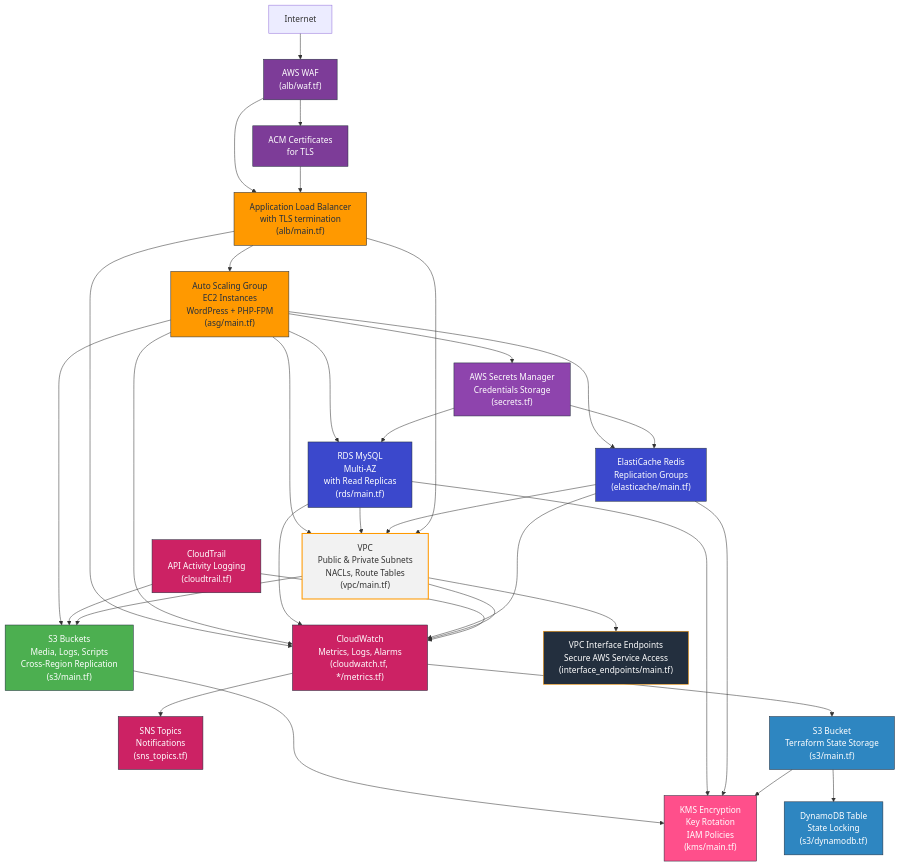
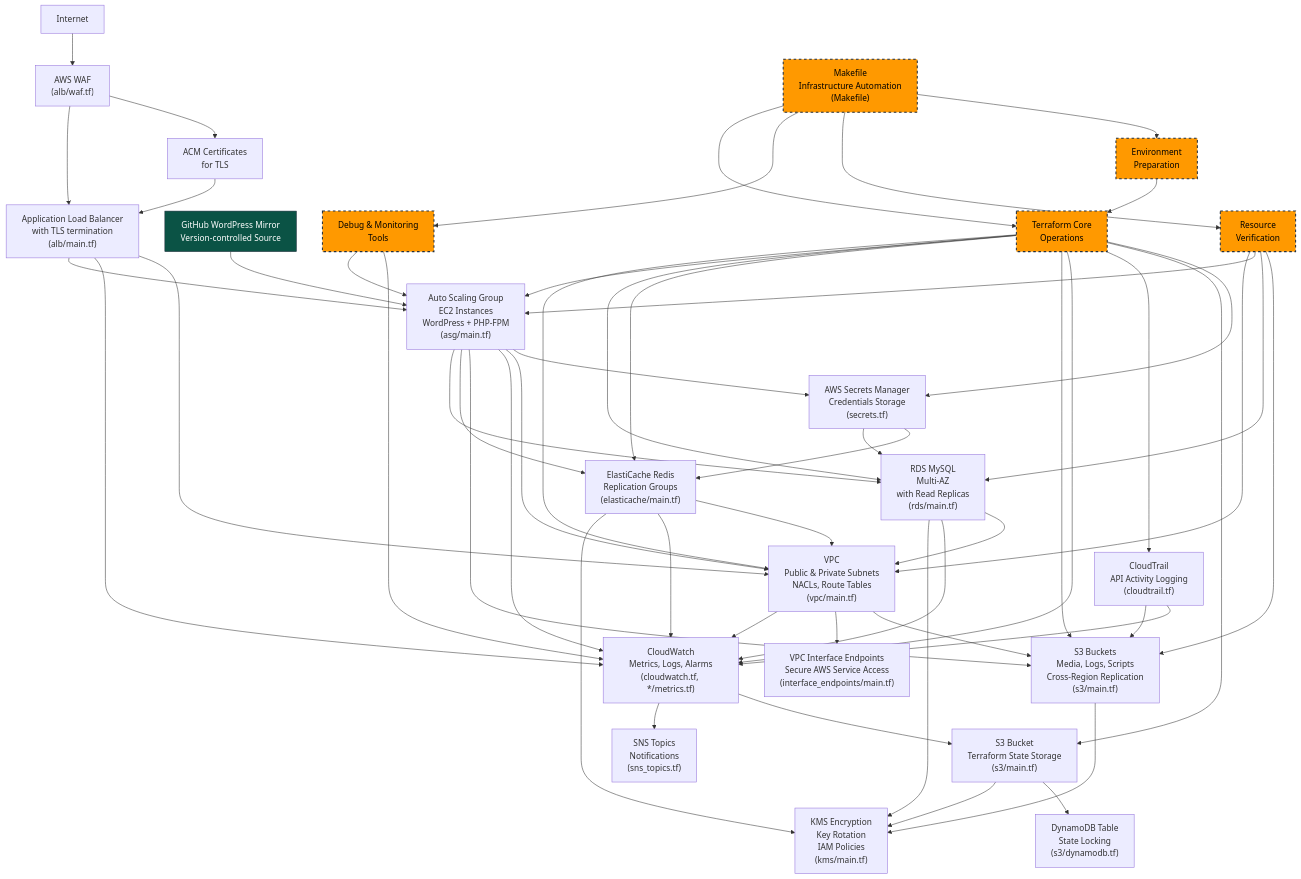
One commit to hetmanskyi-cloud/AWS changed the diagram in terraform/README.md. Above: the diagram before and after it, drawn with Mermaid. The commit also changed other lines of this file and 14 other files, not shown here.

````diff
--- a/terraform/README.md
+++ b/terraform/README.md
@@ -63,6 +110,9 @@
     classDef aws_endpoint fill:#232F3E,stroke:#FF9900,stroke-width:1px,color:white
     classDef aws_backend fill:#2E86C1,stroke:#232F3E,stroke-width:1px,color:white
     classDef aws_secrets fill:#8E44AD,stroke:#232F3E,stroke-width:1px,color:white
+    classDef aws_tools fill:#5D6D7E,stroke:#232F3E,stroke-width:1px,color:white
+    classDef aws_automation fill:#FF9900,stroke:#232F3E,stroke-width:2px,color:black,stroke-dasharray: 5 5
+    classDef aws_repository fill:#0B5345,stroke:#232F3E,stroke-width:1px,color:white
 
     %% Network components
     Internet["Internet"] --> WAF["AWS WAF<br/>(alb/waf.tf)"]
@@ -77,7 +127,10 @@
     ALB --> ASG["Auto Scaling Group<br/>EC2 Instances<br/>WordPress + PHP-FPM<br/>(asg/main.tf)"]
     ASG --> RDS["RDS MySQL<br/>Multi-AZ<br/>with Read Replicas<br/>(rds/main.tf)"]
     ASG --> Redis["ElastiCache Redis<br/>Replication Groups<br/>(elasticache/main.tf)"]
-
+    
+    %% WordPress Source Repository
+    GitMirror["GitHub WordPress Mirror<br/>Version-controlled Source"] --> ASG
+    
     %% Storage and encryption
     ASG --> S3["S3 Buckets<br/>Media, Logs, Scripts<br/>Cross-Region Replication<br/>(s3/main.tf)"]
     S3 --> KMS["KMS Encryption<br/>Key Rotation<br/>IAM Policies<br/>(kms/main.tf)"]
@@ -113,22 +166,36 @@
     ASG --> Secrets["AWS Secrets Manager<br/>Credentials Storage<br/>(secrets.tf)"]
     Secrets --> RDS
     Secrets --> Redis
-
-    %% Apply styles
-    class VPC aws_vpc
-    class ALB aws_alb
-    class ASG aws_asg
-    class RDS aws_db
-    class Redis aws_cache
-    class S3 aws_s3
-    class KMS aws_kms
-    class CloudWatch aws_monitor
-    class SNS aws_monitor
-    class CloudTrail aws_monitor
-    class WAF aws_security
-    class Endpoints aws_endpoint
-    class S3State aws_backend
-    class DynamoDB aws_backend
-    class Secrets aws_secrets
-    class ACM aws_security
+    
+    %% Automation Tools
+    Makefile["Makefile<br/>Infrastructure Automation<br/>(Makefile)"] --> TerraformCore["Terraform Core<br/>Operations"]
+    TerraformCore --> VPC
+    TerraformCore --> ASG
+    TerraformCore --> RDS
+    TerraformCore --> Redis
+    TerraformCore --> S3
+    TerraformCore --> CloudWatch
+    TerraformCore --> CloudTrail
+    TerraformCore --> S3State
+    TerraformCore --> Secrets
+    
+    %% Debug and Monitoring Tools
+    Makefile --> DebugTools["Debug & Monitoring<br/>Tools"]
+    DebugTools --> ASG
+    DebugTools --> CloudWatch
+    
+    %% Resource Verification
+    Makefile --> ResourceCheck["Resource<br/>Verification"]
+    ResourceCheck --> VPC
+    ResourceCheck --> ASG
+    ResourceCheck --> RDS
+    ResourceCheck --> S3
+    
+    %% Environment Preparation
+    Makefile --> EnvTools["Environment<br/>Preparation"]
+    EnvTools --> TerraformCore
+    
+    %% Style Definitions
+    class Makefile,TerraformCore,DebugTools,ResourceCheck,EnvTools aws_automation
+    class GitMirror aws_repository
 ```
````
